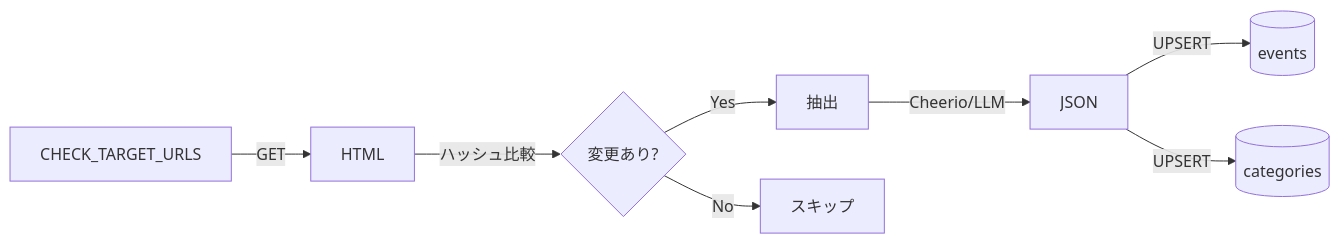
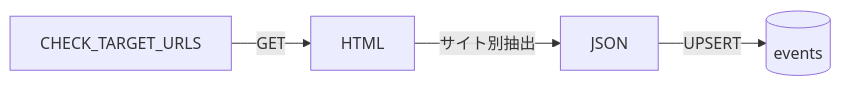
The second of 5 diagrams in docs/SPEC_BACKEND_FLOW.md (bokuno-studio/YabaiTravel), drawn with Mermaid before and after one commit. The commit also changed other lines of this file and 3 other files, not shown here.

````diff
--- a/docs/SPEC_BACKEND_FLOW.md
+++ b/docs/SPEC_BACKEND_FLOW.md
@@ -44,10 +61,6 @@
 ```mermaid
 flowchart LR
     URL[CHECK_TARGET_URLS] --> |GET| HTML
-    HTML --> |ハッシュ比較| CHG{変更あり?}
-    CHG --> |Yes| EXT[抽出]
-    CHG --> |No| SKIP[スキップ]
-    EXT --> |Cheerio/LLM| JSON
+    HTML --> |サイト別抽出| JSON
     JSON --> |UPSERT| EVENTS[(events)]
-    JSON --> |UPSERT| CATS[(categories)]
 ```
````
